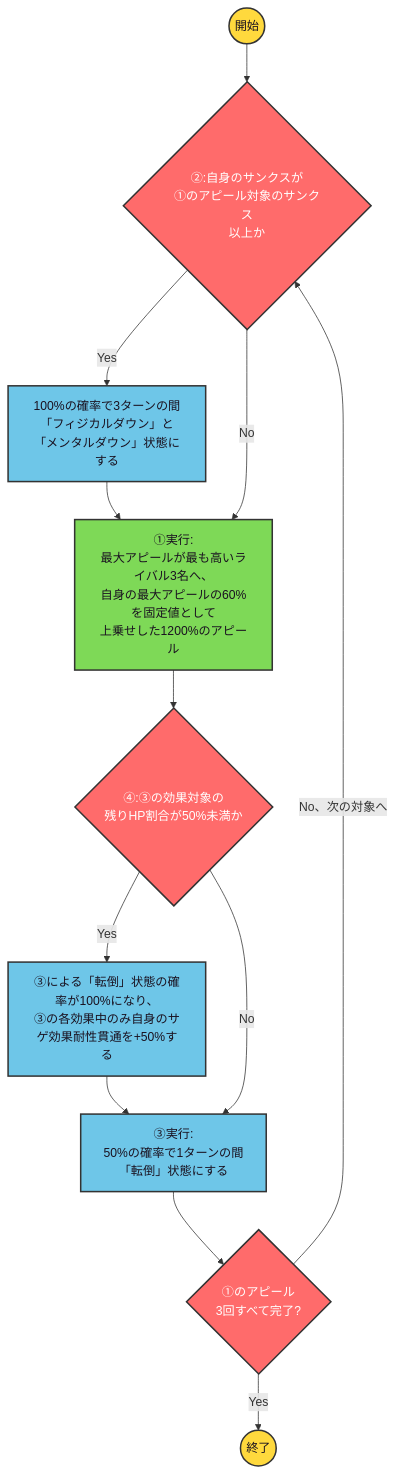
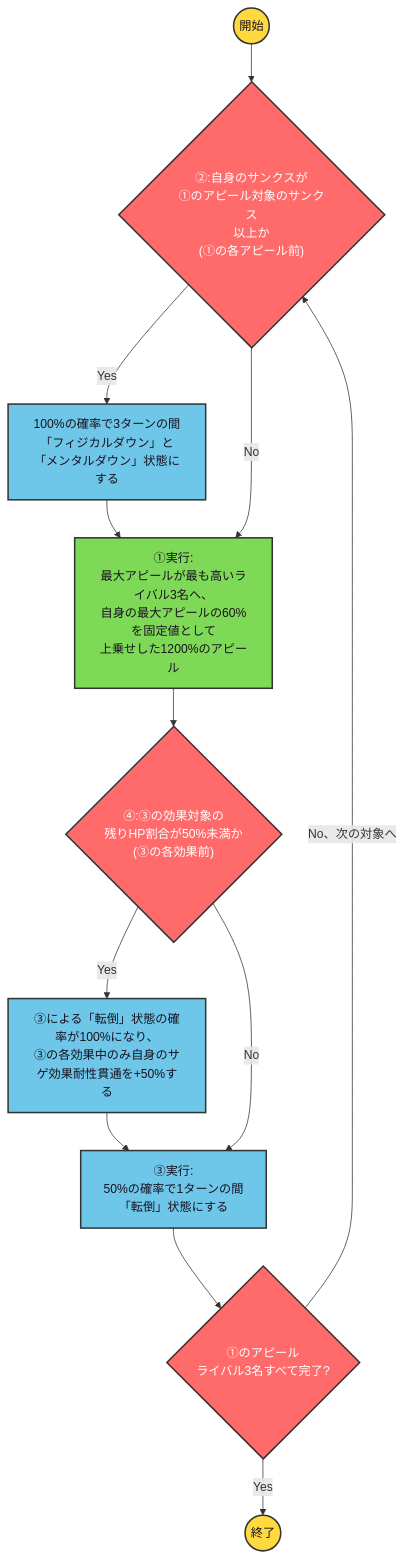
Before and after one commit to ryomochi0918/nogifra-characters: the diagram in data/ito_riria/sazanamihamodoranai_skill1.mmd, drawn with Mermaid. The commit also changed 286 other files, not shown here.

```diff
--- a/data/ito_riria/sazanamihamodoranai_skill1.mmd
+++ b/data/ito_riria/sazanamihamodoranai_skill1.mmd
@@ -1,15 +1,15 @@
 flowchart TD
     classDef startend fill:#FFD93D,stroke:#333,stroke-width:2px,color:#1a1220;
     classDef cond fill:#FF6B6B,stroke:#333,stroke-width:2px,color:#ffffff;
     classDef effect fill:#6EC6E8,stroke:#333,stroke-width:2px,color:#1a1220;
     classDef action fill:#7ED957,stroke:#333,stroke-width:2px,color:#1a1220;
 
-    start(("開始")):::startend --> c2{"②:自身のサンクスが<br/>①のアピール対象のサンクス<br/>以上か"}:::cond
+    start(("開始")):::startend --> c2{"②:自身のサンクスが<br/>①のアピール対象のサンクス<br/>以上か<br/>(①の各アピール前)"}:::cond
     c2 -->|"Yes"| e2["100%の確率で3ターンの間<br/>「フィジカルダウン」と「メンタルダウン」状態にする"]:::effect --> a1
     c2 -->|"No"| a1["①実行:<br/>最大アピールが最も高いライバル3名へ、<br/>自身の最大アピールの60%を固定値として<br/>上乗せした1200%のアピール"]:::action
-    a1 --> c4{"④:③の効果対象の<br/>残りHP割合が50%未満か"}:::cond
+    a1 --> c4{"④:③の効果対象の<br/>残りHP割合が50%未満か<br/>(③の各効果前)"}:::cond
     c4 -->|"Yes"| e4["③による「転倒」状態の確率が100%になり、<br/>③の各効果中のみ自身のサゲ効果耐性貫通を+50%する"]:::effect --> e3
     c4 -->|"No"| e3["③実行:<br/>50%の確率で1ターンの間<br/>「転倒」状態にする"]:::effect
-    e3 --> lc{"①のアピール<br/>3回すべて完了?"}:::cond
-    lc -->|"No、次の対象へ"| c2
-    lc -->|"Yes"| finish(("終了")):::startend
+    e3 --> lc1{"①のアピール<br/>ライバル3名すべて完了?"}:::cond
+    lc1 -->|"No、次の対象へ"| c2
+    lc1 -->|"Yes"| finish(("終了")):::startend
```
